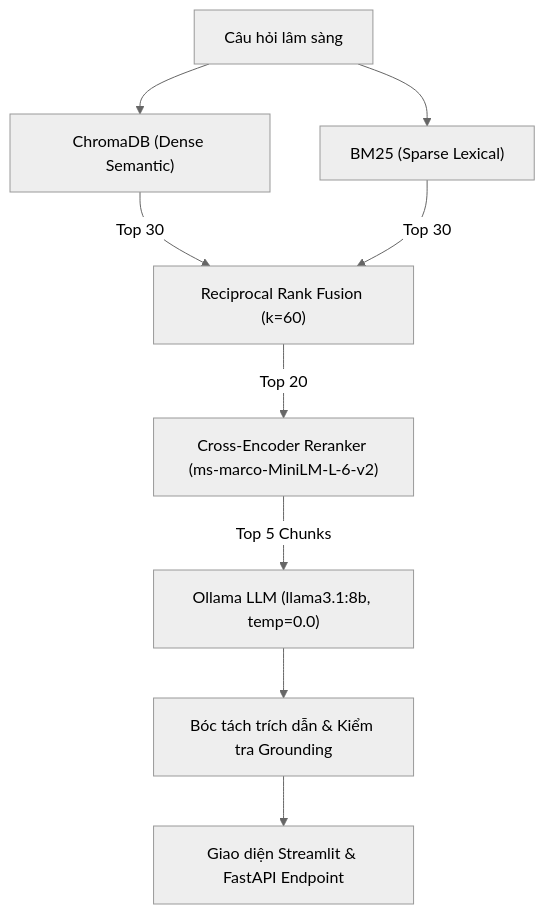
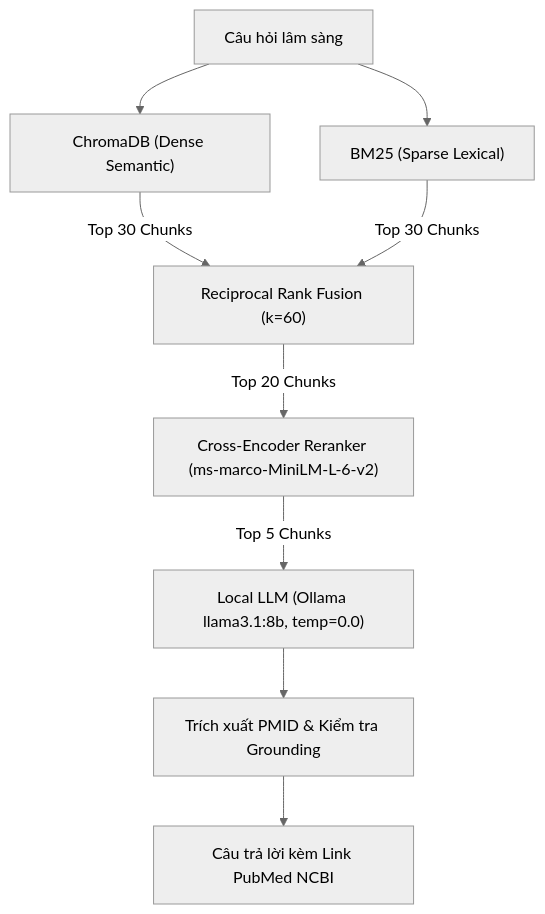
Before and after one commit to huynhhoangtuvan11092006/AskMed: the diagram in README.md, drawn with Mermaid (neutral theme). The commit also changed other lines of this file and 2 other files, not shown here.

Commit message:
docs: restructure README to match sample 5-part format with clean diagrams, figures and no disclaimer

````diff
--- a/README.md
+++ b/README.md
@@ -16,11 +9,11 @@
 ```mermaid
 flowchart TD
-    UserQuery["Câu hỏi lâm sàng"] --> Dense["ChromaDB (Dense Semantic)"]
-    UserQuery --> Sparse["BM25 (Sparse Lexical)"]
-    Dense -->|Top 30| RRF["Reciprocal Rank Fusion (k=60)"]
-    Sparse -->|Top 30| RRF
-    RRF -->|Top 20| Reranker["Cross-Encoder Reranker (ms-marco-MiniLM-L-6-v2)"]
-    Reranker -->|Top 5 Chunks| LLM["Ollama LLM (llama3.1:8b, temp=0.0)"]
-    LLM --> Extractor["Bóc tách trích dẫn & Kiểm tra Grounding"]
-    Extractor --> UI["Giao diện Streamlit & FastAPI Endpoint"]
+    Query["Câu hỏi lâm sàng"] --> Dense["ChromaDB (Dense Semantic)"]
+    Query --> Sparse["BM25 (Sparse Lexical)"]
+    Dense -->|Top 30 Chunks| RRF["Reciprocal Rank Fusion (k=60)"]
+    Sparse -->|Top 30 Chunks| RRF
+    RRF -->|Top 20 Chunks| Rerank["Cross-Encoder Reranker (ms-marco-MiniLM-L-6-v2)"]
+    Rerank -->|Top 5 Chunks| LLM["Local LLM (Ollama llama3.1:8b, temp=0.0)"]
+    LLM --> Verify["Trích xuất PMID & Kiểm tra Grounding"]
+    Verify --> Output["Câu trả lời kèm Link PubMed NCBI"]
 ```
````
